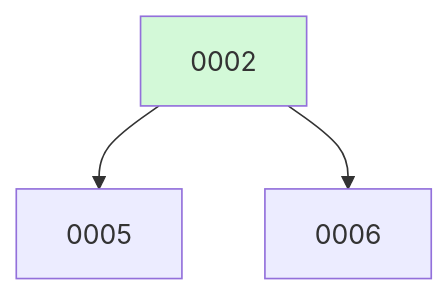
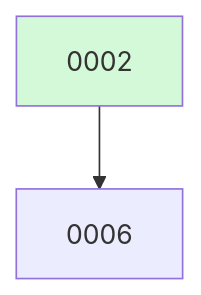
One commit to ethanhinson/fuse changed the diagram in docs/changes/BOARD.md. Above: the diagram before and after it, drawn with Mermaid. The commit also changed other lines of this file, not shown here.

````diff
--- a/docs/changes/BOARD.md
+++ b/docs/changes/BOARD.md
@@ -12,7 +11,6 @@
 ```mermaid
 graph TD
-  0002 --> 0005
   0002 --> 0006
   0002:::done
   classDef done fill:#d3f9d8;
 ```
````
